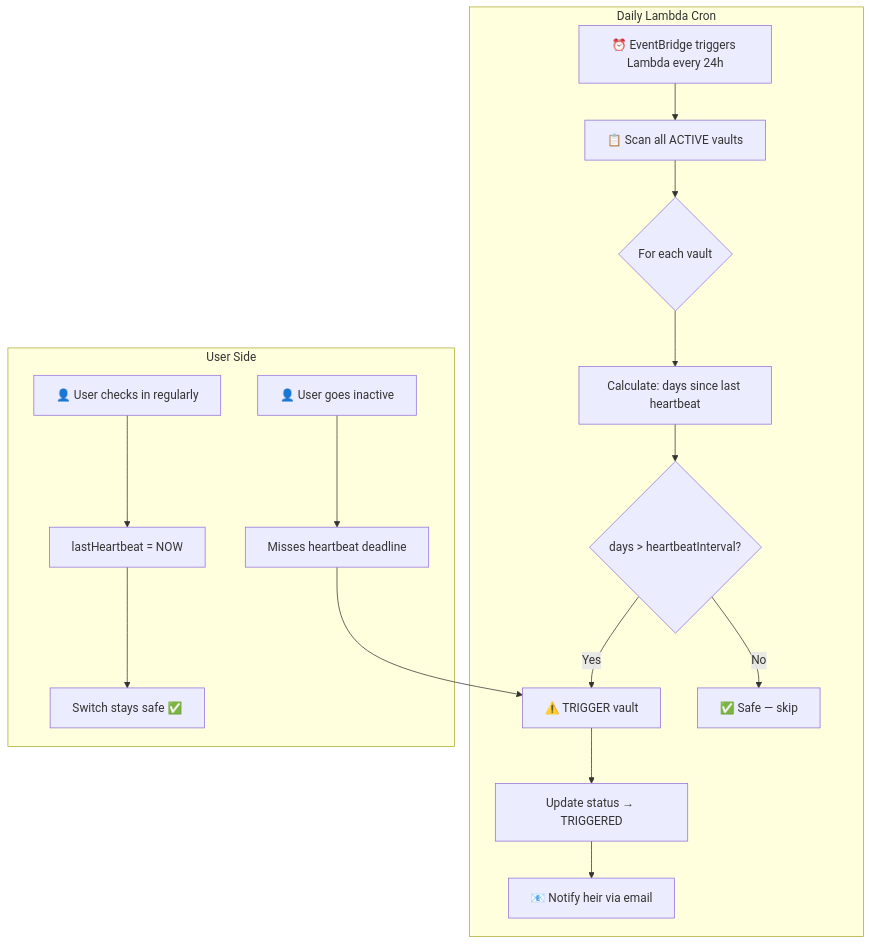
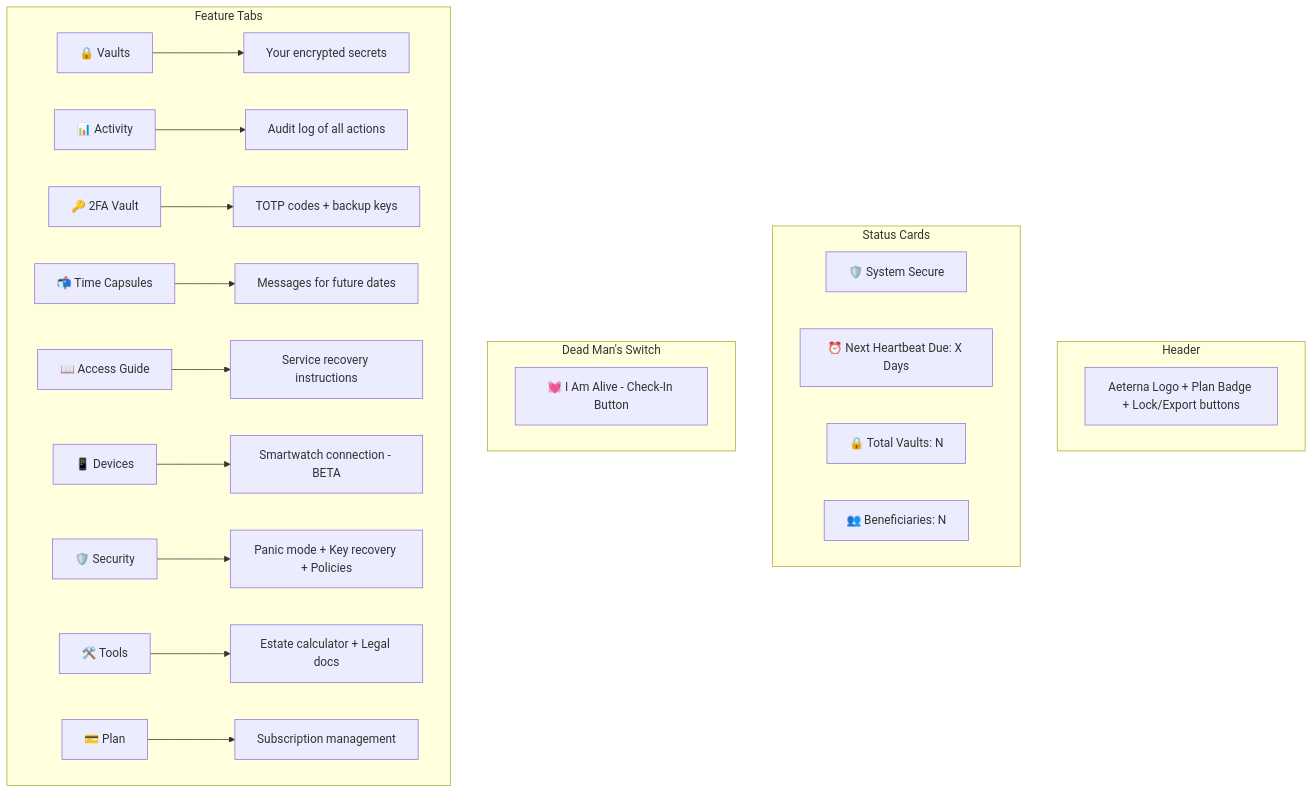
One commit to yadakrishna245/Aeterna changed the third of 4 diagrams in README.md. Above: the diagram before and after it, drawn with Mermaid. The commit also changed other lines of this file and 4 other files, not shown here.

Commit message:
fix: remove fake data from smartwatch/social, rename AI to Access Guide, add welcome card, update README with mermaid diagrams

````diff
--- a/README.md
+++ b/README.md
@@ -117,20 +82,29 @@
 ```mermaid
 flowchart TD
-    subgraph Daily Lambda Cron
-        A[⏰ EventBridge triggers Lambda every 24h] --> B[📋 Scan all ACTIVE vaults]
-        B --> C{For each vault}
-        C --> D[Calculate: days since last heartbeat]
-        D --> E{days > heartbeatInterval?}
-        E -->|No| F[✅ Safe — skip]
-        E -->|Yes| G[⚠️ TRIGGER vault]
-        G --> H[Update status → TRIGGERED]
-        H --> I[📧 Notify heir via email]
+    subgraph Header
+        A[Aeterna Logo + Plan Badge + Lock/Export buttons]
     end
-
-    subgraph User Side
-        J[👤 User checks in regularly] --> K[lastHeartbeat = NOW]
-        K --> L[Switch stays safe ✅]
-        M[👤 User goes inactive] --> N[Misses heartbeat deadline]
-        N --> G
+    
+    subgraph Status[Status Cards]
+        B[🛡️ System Secure]
+        C[⏰ Next Heartbeat Due: X Days]
+        D[🔒 Total Vaults: N]
+        E[👥 Beneficiaries: N]
+    end
+    
+    subgraph CheckIn[Dead Man's Switch]
+        F[💓 I Am Alive - Check-In Button]
+    end
+    
+    subgraph Tabs[Feature Tabs]
+        G[🔒 Vaults] --> G1[Your encrypted secrets]
+        H[📊 Activity] --> H1[Audit log of all actions]
+        I[🔑 2FA Vault] --> I1[TOTP codes + backup keys]
+        J[📬 Time Capsules] --> J1[Messages for future dates]
+        K[📖 Access Guide] --> K1[Service recovery instructions]
+        L[📱 Devices] --> L1[Smartwatch connection - BETA]
+        M[🛡️ Security] --> M1[Panic mode + Key recovery + Policies]
+        N[🛠️ Tools] --> N1[Estate calculator + Legal docs]
+        O[💳 Plan] --> O1[Subscription management]
     end
 ```
````
